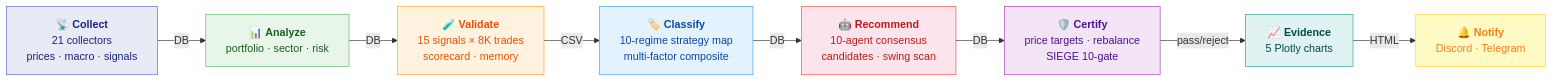
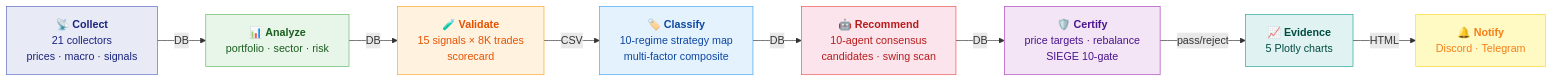
One commit to researcherhojin/nuri-quant changed the diagram in README.md. Above: the diagram before and after it, drawn with Mermaid. The commit also changed other lines of this file and 1 other file, not shown here.

````diff
--- a/README.md
+++ b/README.md
@@ -19,22 +19,22 @@
 ```mermaid
 graph LR
     A["📡 <b>Collect</b><br/>21 collectors<br/>prices · macro · signals"]
     B["📊 <b>Analyze</b><br/>portfolio · sector · risk"]
-    C["🧪 <b>Validate</b><br/>15 signals × 8K trades<br/>scorecard · memory"]
+    C["🧪 <b>Validate</b><br/>15 signals × 8K trades<br/>scorecard"]
     D["🏷️ <b>Classify</b><br/>10-regime strategy map<br/>multi-factor composite"]
     E["🤖 <b>Recommend</b><br/>10-agent consensus<br/>candidates · swing scan"]
     F["🛡️ <b>Certify</b><br/>price targets · rebalance<br/>SIEGE 10-gate"]
     G["📈 <b>Evidence</b><br/>5 Plotly charts"]
     H["🔔 <b>Notify</b><br/>Discord · Telegram"]
 
     A -->|DB| B -->|DB| C -->|CSV| D -->|DB| E -->|DB| F -->|pass/reject| G -->|HTML| H
 
     style A fill:#e8eaf6,stroke:#5c6bc0,color:#1a237e
     style B fill:#e8f5e9,stroke:#66bb6a,color:#1b5e20
     style C fill:#fff3e0,stroke:#ffa726,color:#e65100
     style D fill:#e3f2fd,stroke:#42a5f5,color:#0d47a1
     style E fill:#fce4ec,stroke:#ef5350,color:#b71c1c
     style F fill:#f3e5f5,stroke:#ab47bc,color:#4a148c
     style G fill:#e0f2f1,stroke:#26a69a,color:#004d40
     style H fill:#fff9c4,stroke:#fdd835,color:#f57f17
 ```
````
